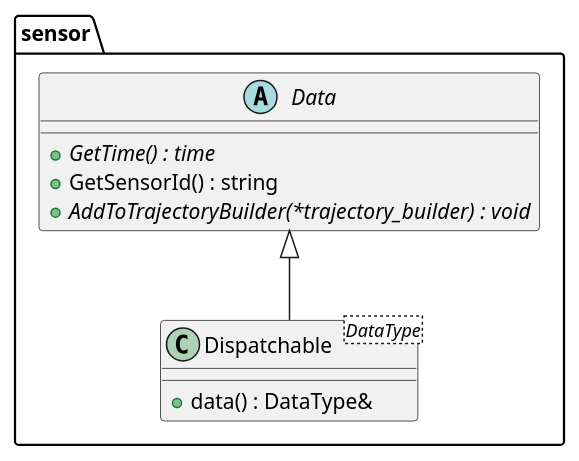
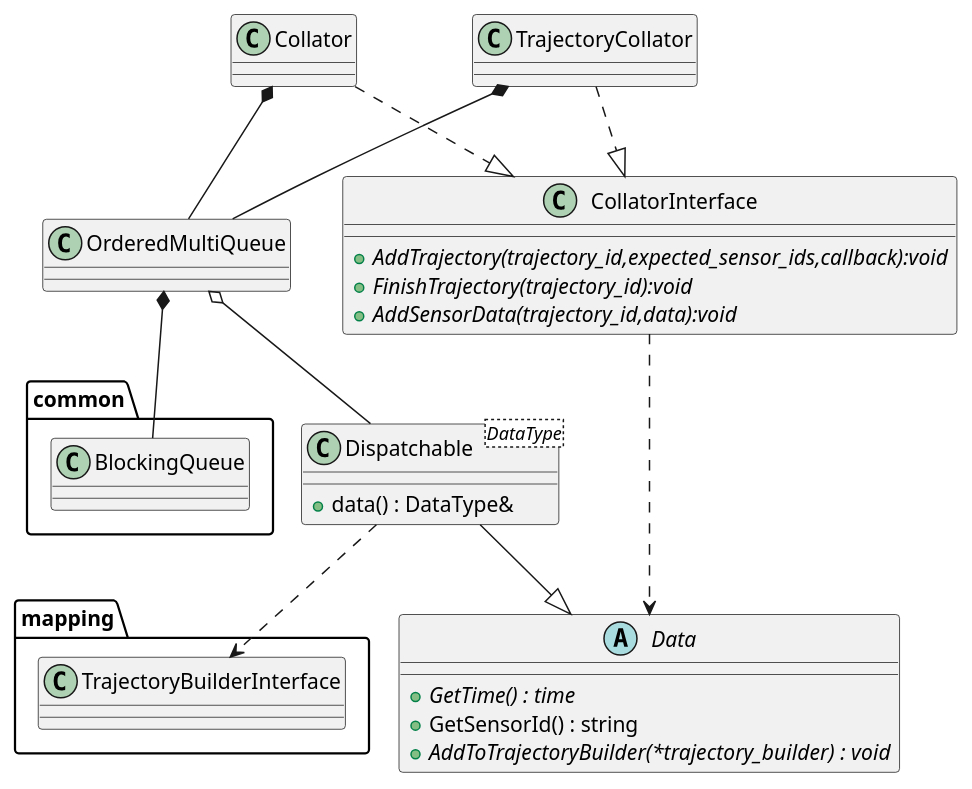
Before and after one commit to Ts-sound/cartographer: the diagram in 0.study/cartographer/assets/puml/sensor/data.puml, drawn with PlantUML. The commit also changed 7 other files, not shown here.

```diff
--- a/0.study/cartographer/assets/puml/sensor/data.puml
+++ b/0.study/cartographer/assets/puml/sensor/data.puml
@@ -1,56 +1,74 @@
 @startuml
 
 
 /' Objects '/
 
-namespace sensor {
     abstract class Data {
         +{abstract} GetTime() : time
         +GetSensorId() : string
         +{abstract} AddToTrajectoryBuilder(*trajectory_builder) : void
     }
 
 
     class Dispatchable<DataType> {
         +data() : DataType&
     }
 
+    class CollatorInterface{
+        +{abstract} AddTrajectory(trajectory_id,expected_sensor_ids,callback):void 
+        +{abstract} FinishTrajectory(trajectory_id):void 
+        +{abstract} AddSensorData(trajectory_id,data):void
+    }
+
+    class Collator{}
+    
+    class TrajectoryCollator{}
+
+    class OrderedMultiQueue{}
+
+
+namespace mapping{
+    class TrajectoryBuilderInterface{}
 }
 
 
 
 
 
 
 
-/' Inheritance relationships '/
-/' father  <|-- son '/
 
-' sensor.Dispatchable<DataType> --|> sensor.Data
-sensor.Data <|-- sensor.Dispatchable
+
+' 继承 son --|> father
+'
+Dispatchable --|> Data
+
+
+' 接口实现 driver ..|> driverinterface
+'
+Collator  ..|> CollatorInterface
+TrajectoryCollator ..|> CollatorInterface
 
 
 
-
-/' Aggregation relationships '/
-/' A --> B : use A 类使用 B 类 '/
-
-' cartographer.metrics.FamilyFactory ..> cartographer.metrics.Family : use Family<Counter>
-' cartographer.metrics.FamilyFactory ..> cartographer.metrics.Counter
-' cartographer.metrics.Family --> cartographer.metrics.Counter
+' 聚合 Car *-- Engine , strong lifecycle,week : o--
 
 
-' cartographer.cloud.metrics.prometheus.FamilyFactory ..> cartographer.cloud.metrics.prometheus.CounterFamily : use
+Collator *-- OrderedMultiQueue
 
+OrderedMultiQueue o-- Dispatchable
+OrderedMultiQueue *-- common.BlockingQueue
+TrajectoryCollator  *-- OrderedMultiQueue
 
+' 依赖 Dependency  Car --> GPS strong,week:..>
+CollatorInterface  ..>  Data
 
-
-
+Dispatchable ..> mapping.TrajectoryBuilderInterface
 
 
 
 /' Nested objects '/
 
 
 
 @enduml
```
